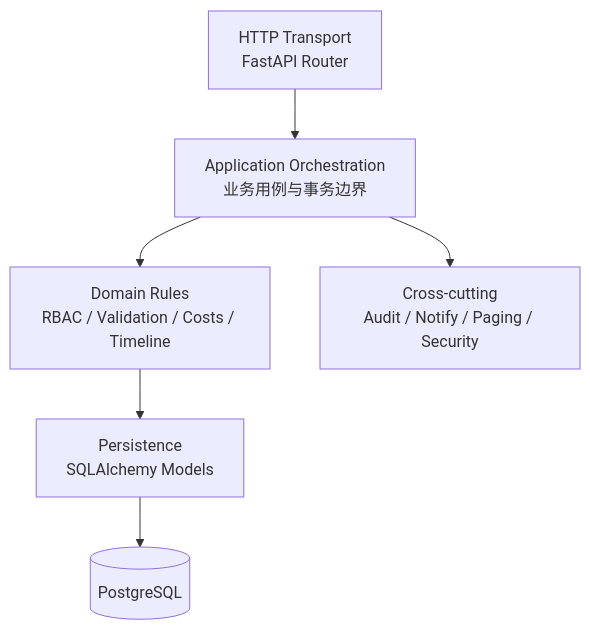
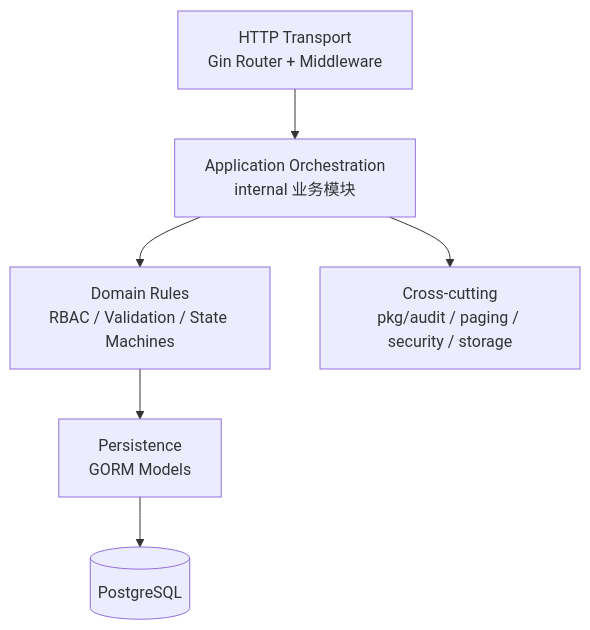
One commit to passwii/digitalProjectManagement changed the third of 8 diagrams in README.md. Above: the diagram before and after it, drawn with Mermaid. The commit also changed other lines of this file and 179 other files, not shown here.

First line of the commit message:
feat(api): 全局后端 FastAPI 重构为 Go 模块化单体 (#196)

````diff
--- a/README.md
+++ b/README.md
@@ -108,8 +108,8 @@
 ```mermaid
 flowchart TB
-    HTTP["HTTP Transport<br/>FastAPI Router"] --> APP["Application Orchestration<br/>业务用例与事务边界"]
-    APP --> DOMAIN["Domain Rules<br/>RBAC / Validation / Costs / Timeline"]
-    DOMAIN --> PERSIST["Persistence<br/>SQLAlchemy Models"]
+    HTTP["HTTP Transport<br/>Gin Router + Middleware"] --> APP["Application Orchestration<br/>internal 业务模块"]
+    APP --> DOMAIN["Domain Rules<br/>RBAC / Validation / State Machines"]
+    DOMAIN --> PERSIST["Persistence<br/>GORM Models"]
     PERSIST --> PG[("PostgreSQL")]
-    APP --> XCUT["Cross-cutting<br/>Audit / Notify / Paging / Security"]
+    APP --> XCUT["Cross-cutting<br/>pkg/audit / paging / security / storage"]
 ```
````
